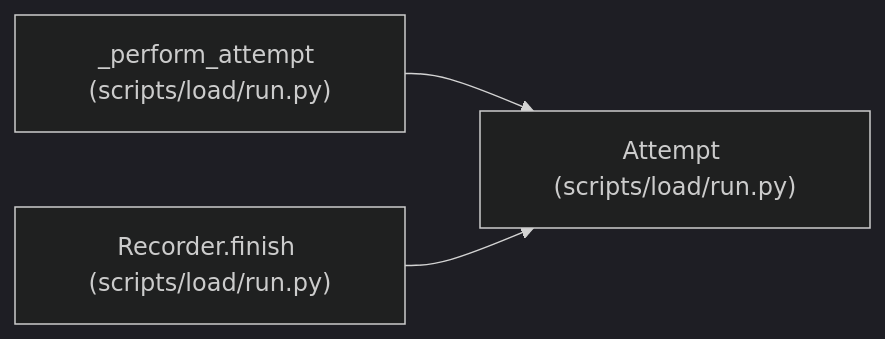
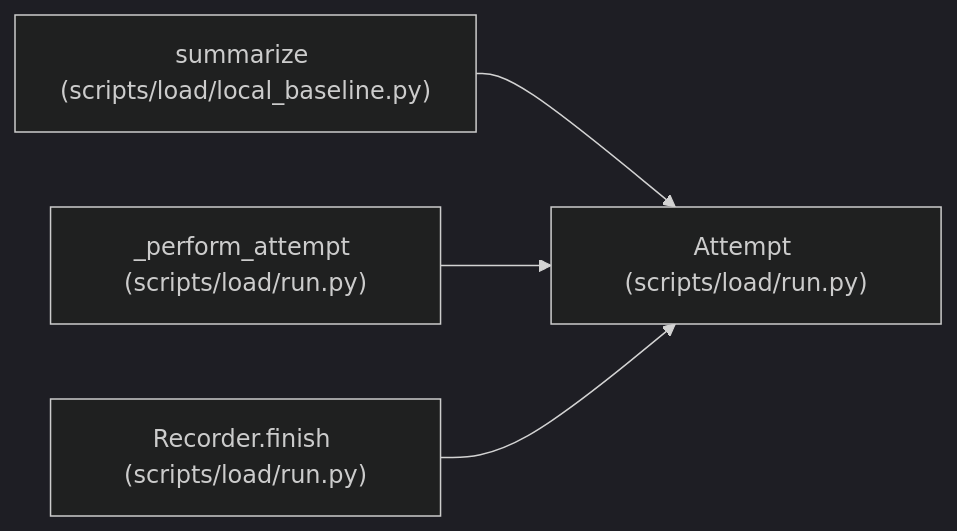
Before and after one commit to Denissvgn/WorkChord: the diagram in docs/llm_wiki/entities/Attempt.md, drawn with Mermaid (dark theme). The commit also changed other lines of this file and 2509 other files, not shown here.

````diff
--- a/docs/llm_wiki/entities/Attempt.md
+++ b/docs/llm_wiki/entities/Attempt.md
@@ -37,11 +37,14 @@
 ```mermaid
 flowchart LR
     n0["Attempt (scripts/load/run.py)"]
-    n1["_perform_attempt (scripts/load/run.py)"]
-    n2["Recorder.finish (scripts/load/run.py)"]
+    n1["summarize (scripts/load/local_baseline.py)"]
+    n2["_perform_attempt (scripts/load/run.py)"]
+    n3["Recorder.finish (scripts/load/run.py)"]
     n1 --> n0
     n2 --> n0
+    n3 --> n0
     click n0 "../modules/run.md"
-    click n1 "../modules/run.md"
+    click n1 "../modules/local_baseline.md"
     click n2 "../modules/run.md"
+    click n3 "../modules/run.md"
 ```
````
